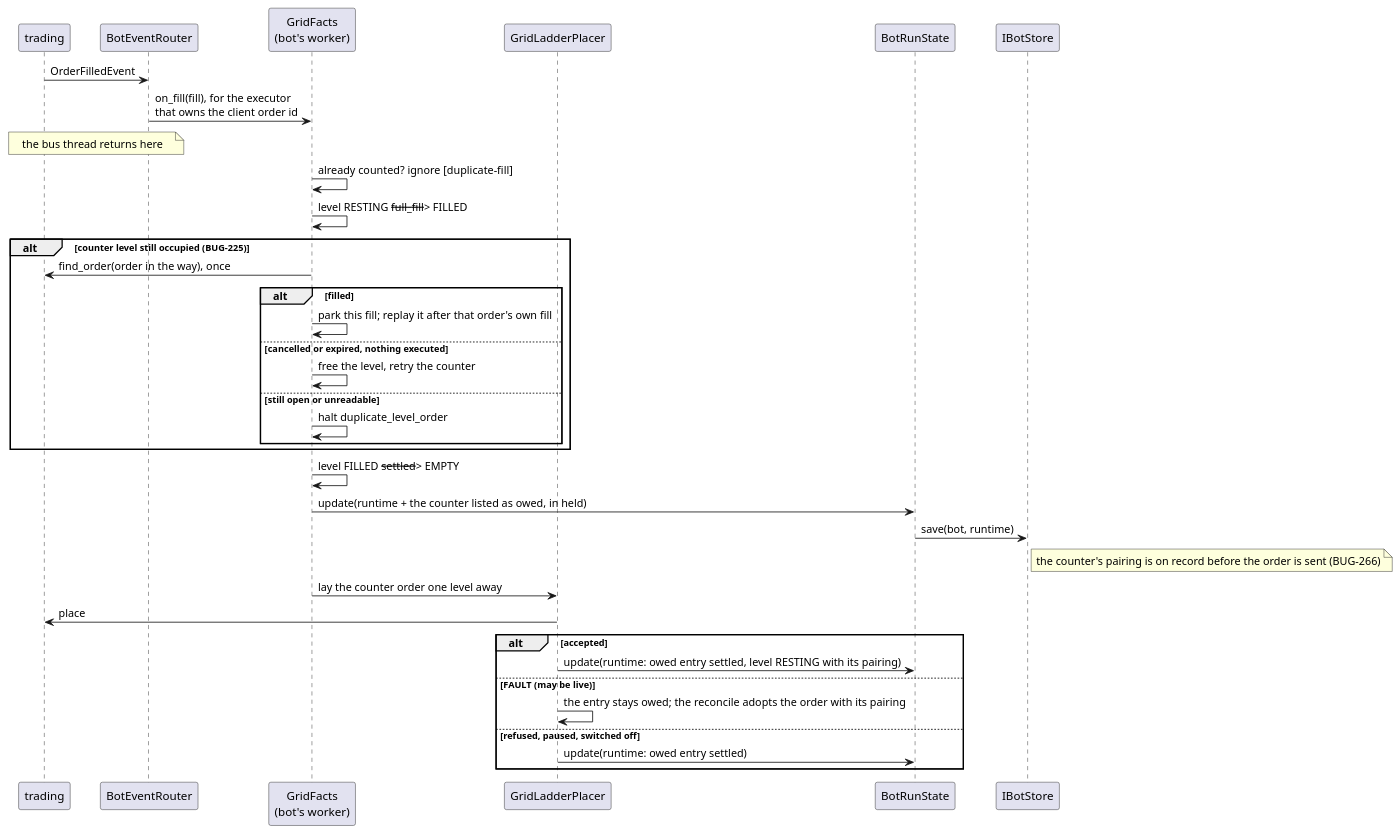
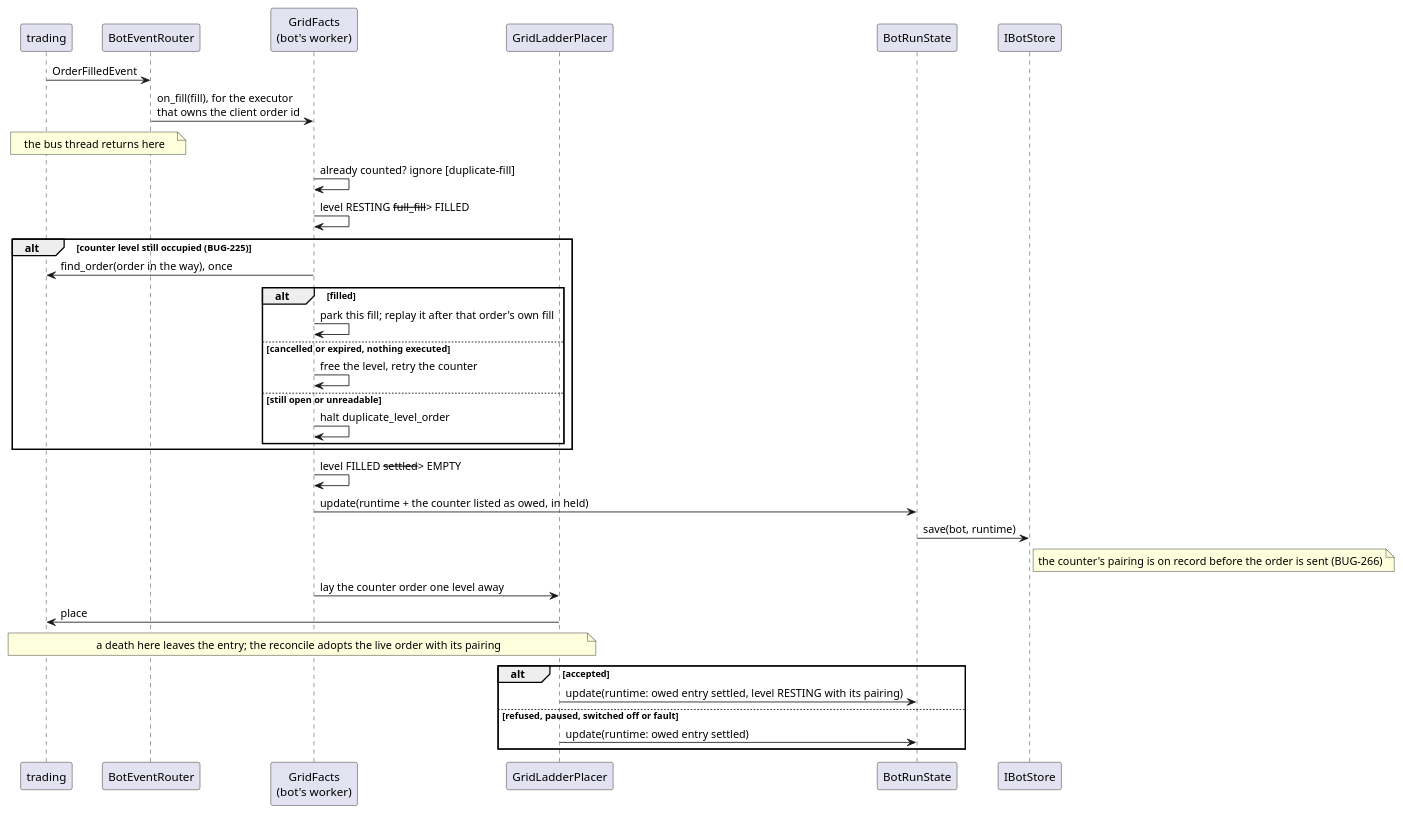
The diagram in Docs/MODULES/bots/diagrams/06-fill.puml (anhembedded/Sagittarius_Elite_Warrior), drawn with PlantUML before and after one commit. The commit also changed 8 other files, not shown here.

First line of the commit message:
fix(bots): the owed counter covers a death in the gap; a fault settles it like any answer (BUG-266)

```diff
--- a/Docs/MODULES/bots/diagrams/06-fill.puml
+++ b/Docs/MODULES/bots/diagrams/06-fill.puml
@@ -3,37 +3,36 @@
 @startuml 06-fill
 participant trading as T
 participant BotEventRouter as RT
 participant "GridFacts\n(bot's worker)" as F
 participant GridLadderPlacer as L
 participant BotRunState as S
 participant IBotStore as ST
 
 T -> RT : OrderFilledEvent
 RT -> F : on_fill(fill), for the executor\nthat owns the client order id
 note over T, RT : the bus thread returns here
 F -> F : already counted? ignore [duplicate-fill]
 F -> F : level RESTING --full_fill--> FILLED
 alt counter level still occupied (BUG-225)
   F -> T : find_order(order in the way), once
   alt filled
     F -> F : park this fill; replay it after that order's own fill
   else cancelled or expired, nothing executed
     F -> F : free the level, retry the counter
   else still open or unreadable
     F -> F : halt duplicate_level_order
   end
 end
 F -> F : level FILLED --settled--> EMPTY
 F -> S : update(runtime + the counter listed as owed, in held)
 S -> ST : save(bot, runtime)
 note right of ST : the counter's pairing is on record before the order is sent (BUG-266)
 F -> L : lay the counter order one level away
 L -> T : place
+note over L, T : a death here leaves the entry; the reconcile adopts the live order with its pairing
 alt accepted
   L -> S : update(runtime: owed entry settled, level RESTING with its pairing)
-else FAULT (may be live)
-  L -> L : the entry stays owed; the reconcile adopts the order with its pairing
-else refused, paused, switched off
+else refused, paused, switched off or fault
   L -> S : update(runtime: owed entry settled)
 end
 @enduml
```
